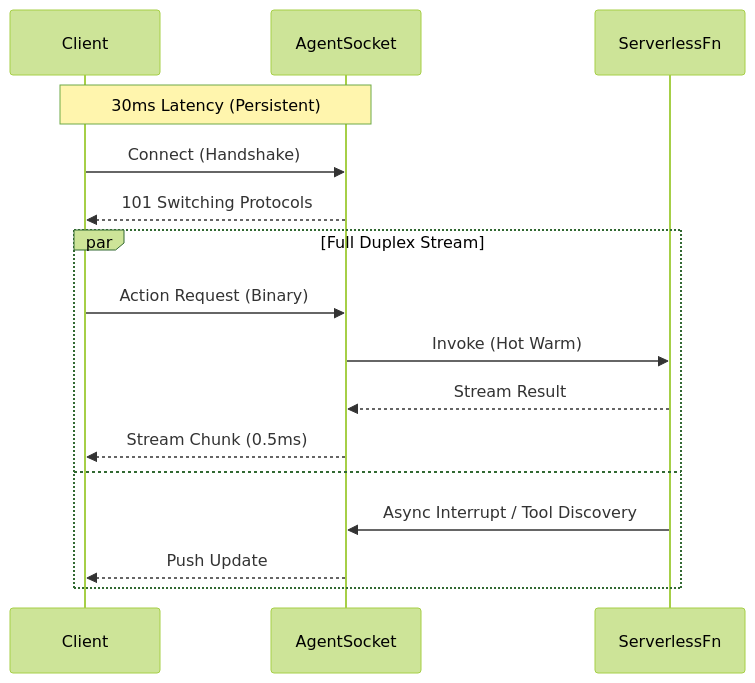
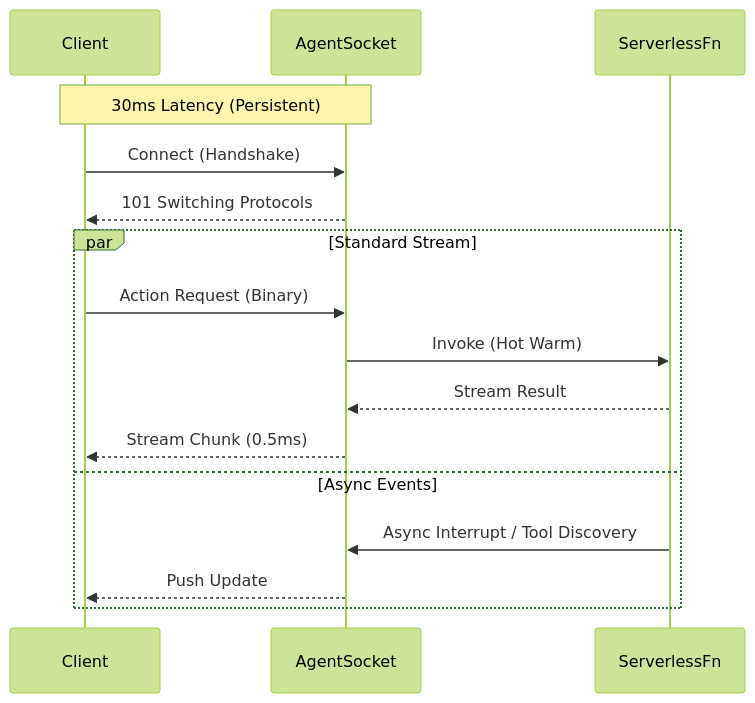
The diagram in README.md (Clement391/agentsocket), drawn with Mermaid (forest theme) before and after one commit. The commit also changed other lines of this file, not shown here.

````diff
--- a/README.md
+++ b/README.md
@@ -21,20 +21,20 @@
 ```mermaid
 sequenceDiagram
     participant Client
     participant AgentSocket
     participant ServerlessFn
     
     Note over Client, AgentSocket: 30ms Latency (Persistent)
     Client->>AgentSocket: Connect (Handshake)
     AgentSocket-->>Client: 101 Switching Protocols
     
-    par Full Duplex Stream
+    par Standard Stream
         Client->>AgentSocket: Action Request (Binary)
         AgentSocket->>ServerlessFn: Invoke (Hot Warm)
         ServerlessFn-->>AgentSocket: Stream Result
         AgentSocket-->>Client: Stream Chunk (0.5ms)
-    and
+    and Async Events
         ServerlessFn->>AgentSocket: Async Interrupt / Tool Discovery
         AgentSocket-->>Client: Push Update
     end
 ```
````
